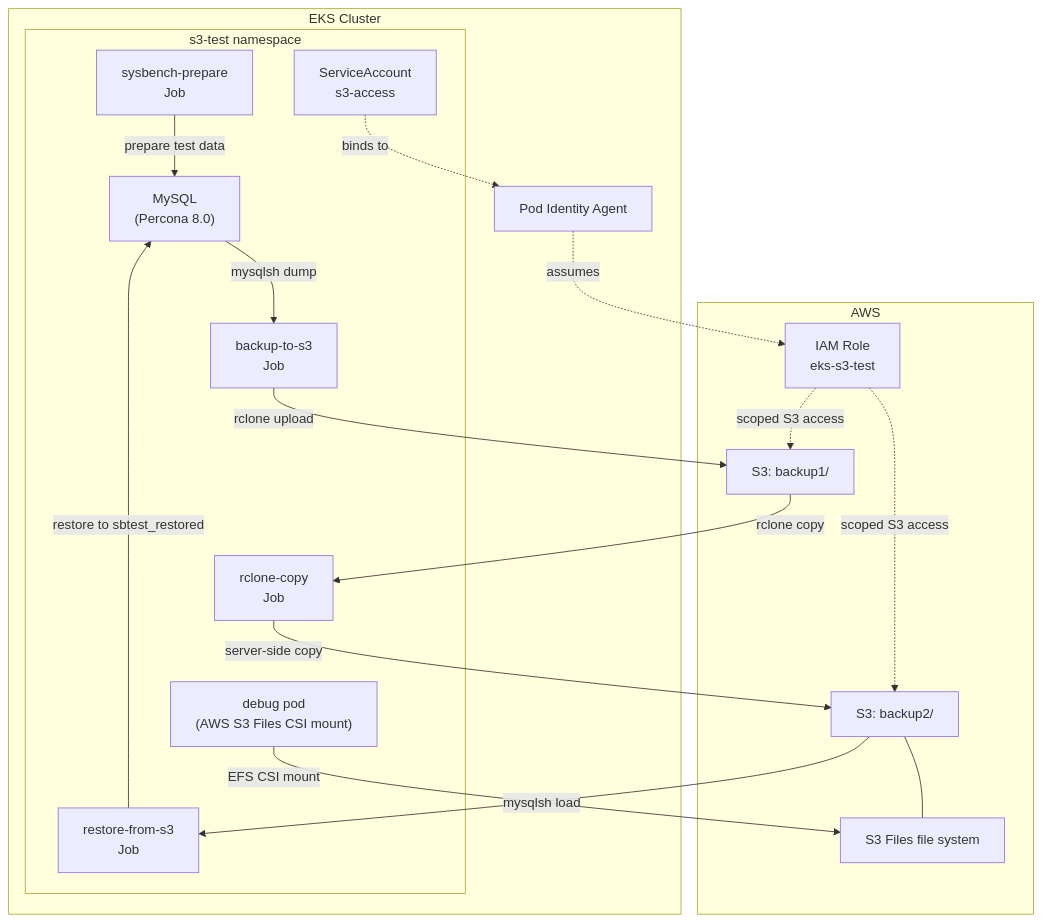
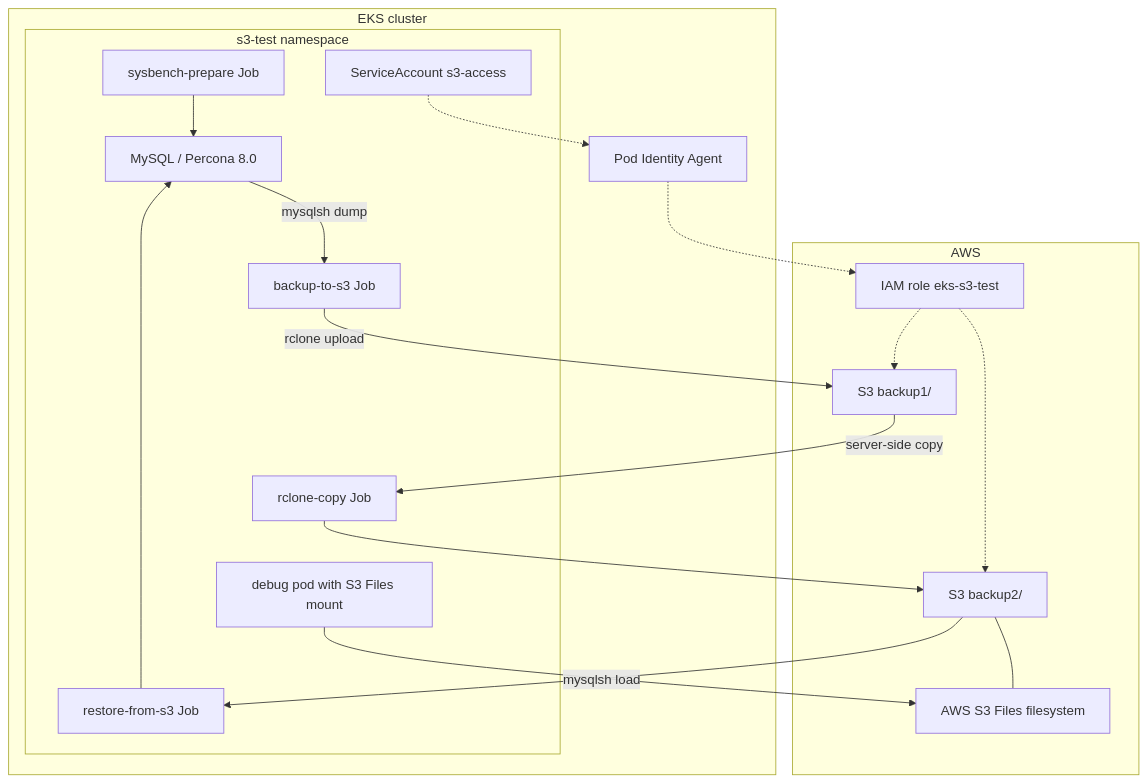
One commit to wagov-dtt/tutorials-and-workshops changed the diagram in s3-pod-identity/README.md. Above: the diagram before and after it, drawn with Mermaid. The commit also changed other lines of this file and 21 other files, not shown here.

````diff
--- a/s3-pod-identity/README.md
+++ b/s3-pod-identity/README.md
@@ -37,37 +45,36 @@
 ```mermaid
 flowchart TB
-    subgraph EKS["EKS Cluster"]
+    subgraph EKS["EKS cluster"]
         subgraph NS["s3-test namespace"]
-            MySQL["MySQL<br/>(Percona 8.0)"]
-            Sysbench["sysbench-prepare<br/>Job"]
-            Backup["backup-to-s3<br/>Job"]
-            Copy["rclone-copy<br/>Job"]
-            Restore["restore-from-s3<br/>Job"]
-            Debug["debug pod<br/>(AWS S3 Files CSI mount)"]
-            SA["ServiceAccount<br/>s3-access"]
+            MySQL["MySQL / Percona 8.0"]
+            Sysbench["sysbench-prepare Job"]
+            Backup["backup-to-s3 Job"]
+            Copy["rclone-copy Job"]
+            Restore["restore-from-s3 Job"]
+            Debug["debug pod with S3 Files mount"]
+            SA["ServiceAccount s3-access"]
         end
         PIA["Pod Identity Agent"]
     end
-    
+
     subgraph AWS["AWS"]
-        IAM["IAM Role<br/>eks-s3-test"]
-        S3B1["S3: backup1/"]
-        S3B2["S3: backup2/"]
-        S3Files["S3 Files file system"]
+        IAM["IAM role eks-s3-test"]
+        S3B1["S3 backup1/"]
+        S3B2["S3 backup2/"]
+        S3Files["AWS S3 Files filesystem"]
     end
-    
-    Sysbench -->|"prepare test data"| MySQL
+
+    Sysbench --> MySQL
     MySQL -->|"mysqlsh dump"| Backup
     Backup -->|"rclone upload"| S3B1
-    S3B1 -->|"rclone copy"| Copy
-    Copy -->|"server-side copy"| S3B2
+    S3B1 -->|"server-side copy"| Copy
+    Copy --> S3B2
     S3B2 -->|"mysqlsh load"| Restore
-    Restore -->|"restore to sbtest_restored"| MySQL
+    Restore --> MySQL
     S3B2 --- S3Files
-    Debug -->|"EFS CSI mount"| S3Files
-    
-    SA -.->|"binds to"| PIA
-    PIA -.->|"assumes"| IAM
-    IAM -.->|"scoped S3 access"| S3B1
-    IAM -.->|"scoped S3 access"| S3B2
+    Debug --> S3Files
+    SA -.-> PIA
+    PIA -.-> IAM
+    IAM -.-> S3B1
+    IAM -.-> S3B2
 ```
````
